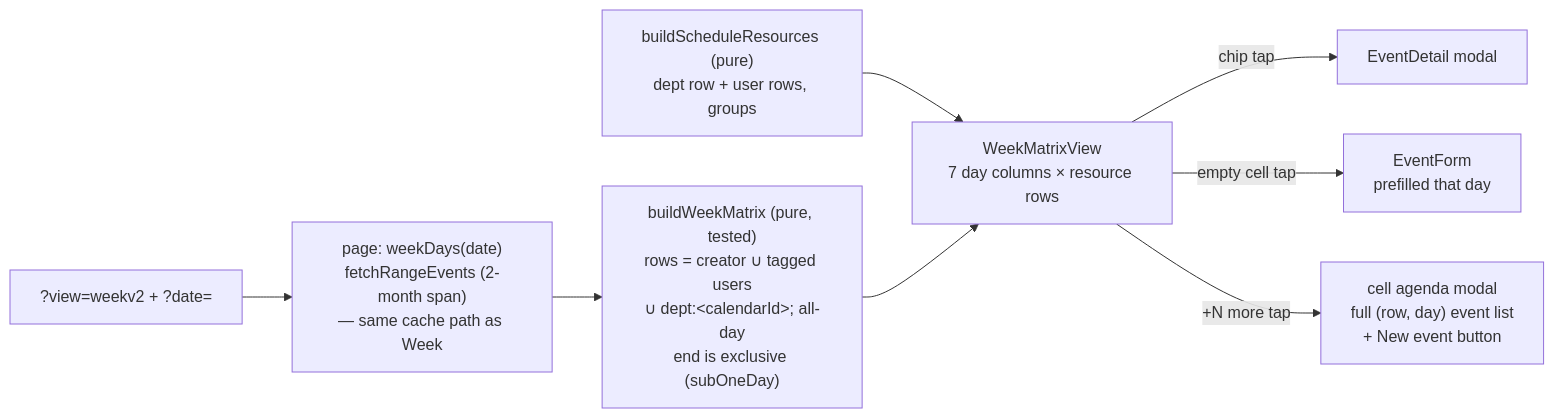
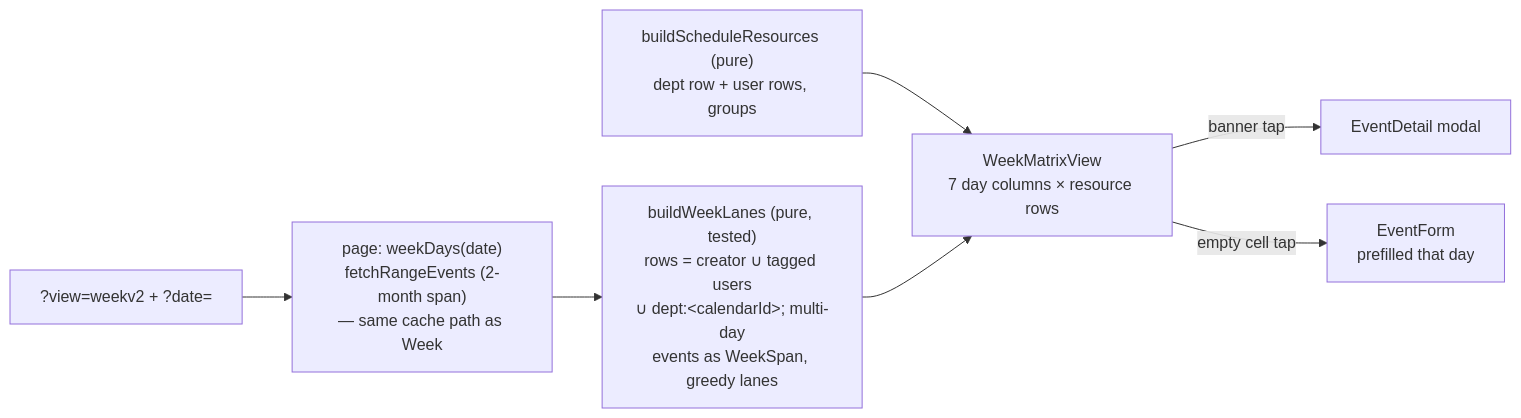
Diagram 39 of 42 in progress.md (oncloudnintynineone-source/cloudy2), drawn with Mermaid before and after one commit. The commit also changed other lines of this file and 34 other files, not shown here.

````diff
--- a/progress.md
+++ b/progress.md
@@ -3155,10 +3157,9 @@
 ```mermaid
 flowchart LR
     A["?view=weekv2 + ?date="] --> B["page: weekDays(date)<br/>fetchRangeEvents (2-month span)<br/>— same cache path as Week"]
-    B --> C["buildWeekMatrix (pure, tested)<br/>rows = creator ∪ tagged users<br/>∪ dept:&lt;calendarId&gt;; all-day<br/>end is exclusive (subOneDay)"]
+    B --> C["buildWeekLanes (pure, tested)<br/>rows = creator ∪ tagged users<br/>∪ dept:&lt;calendarId&gt;; multi-day<br/>events as WeekSpan, greedy lanes"]
     D["buildScheduleResources (pure)<br/>dept row + user rows, groups"] --> E["WeekMatrixView<br/>7 day columns × resource rows"]
     C --> E
-    E -- "chip tap" --> F["EventDetail modal"]
+    E -- "banner tap" --> F["EventDetail modal"]
     E -- "empty cell tap" --> G["EventForm<br/>prefilled that day"]
-    E -- "+N more tap" --> H["cell agenda modal<br/>full (row, day) event list<br/>+ New event button"]
 ```
````
